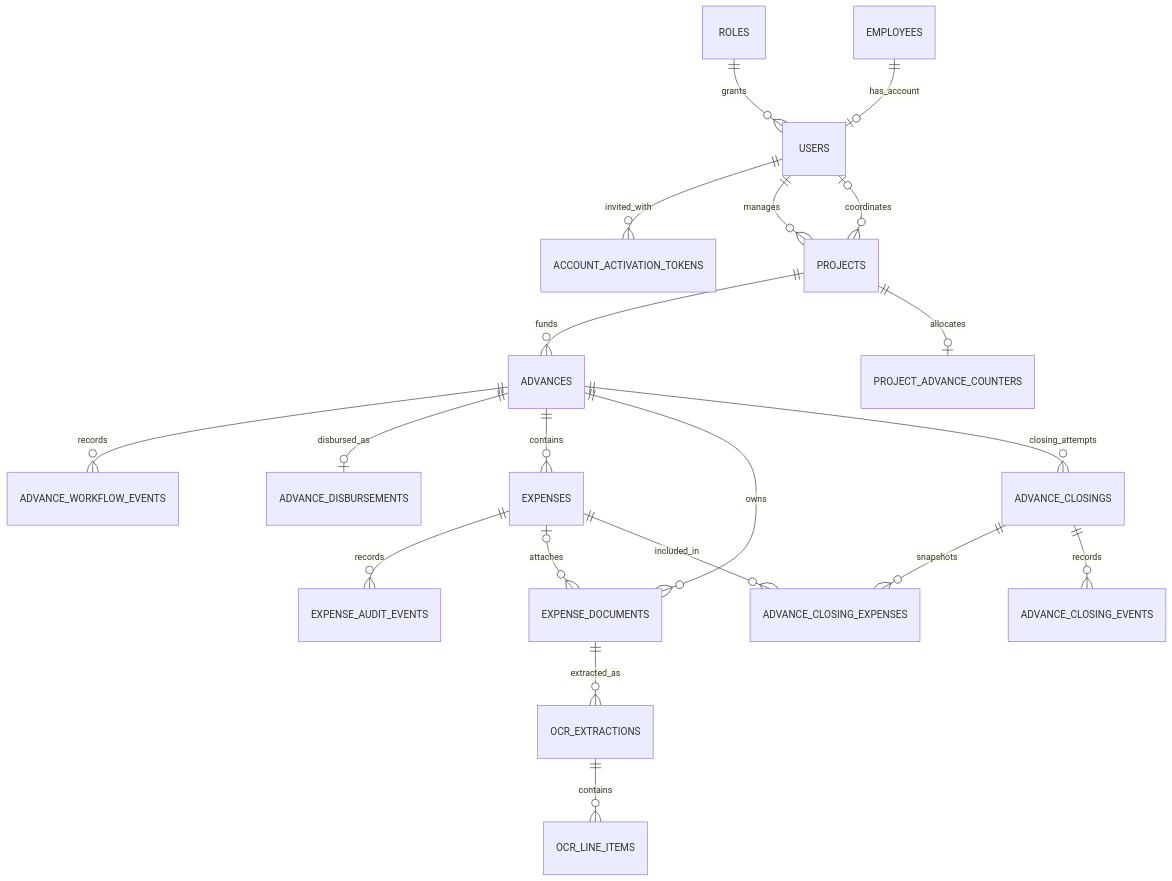
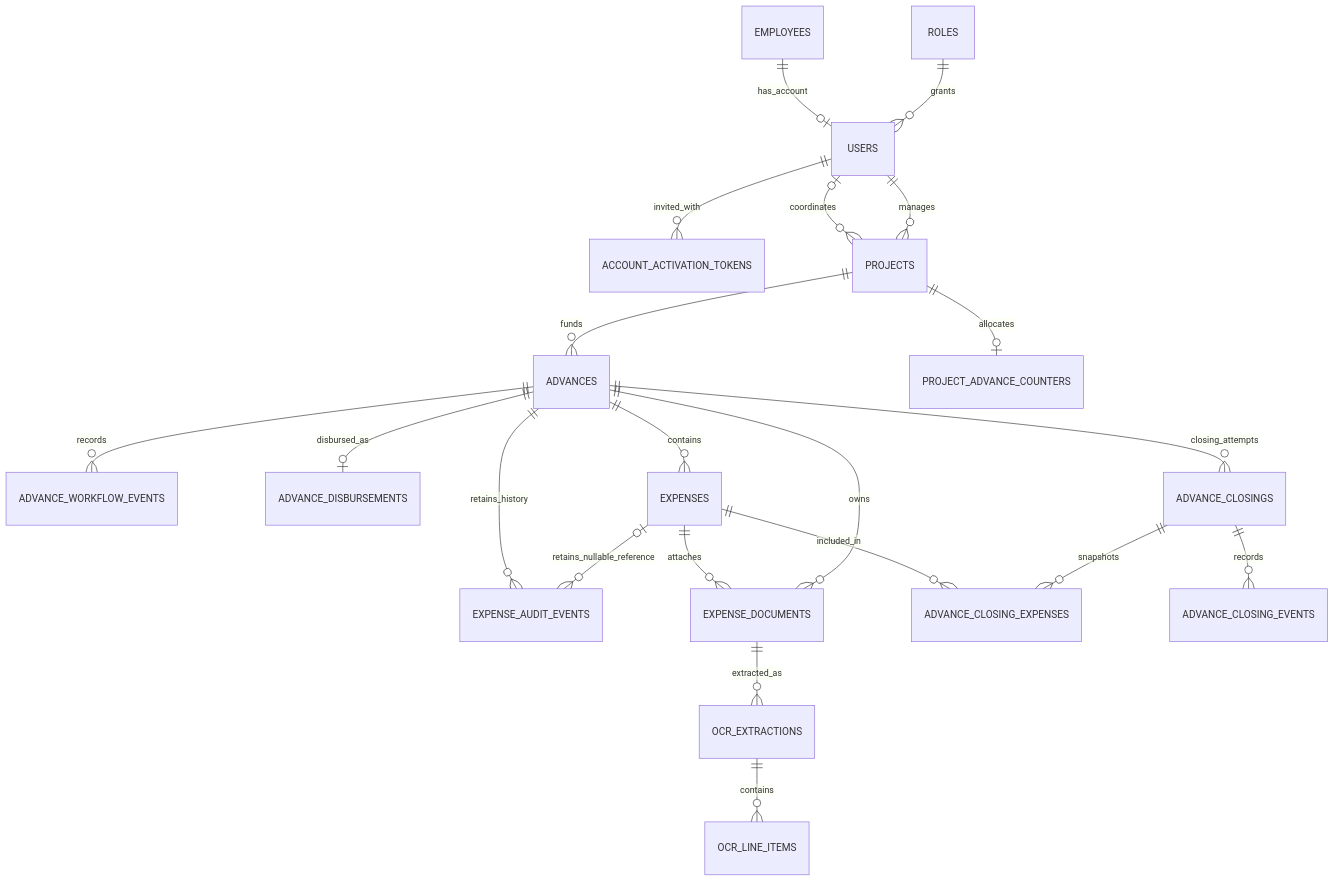
Before and after one commit to ERBM-Capstone/ERBM-backend: the second of 2 diagrams in docs/migration-plans/erbm-database-plan.md, drawn with Mermaid. The commit also changed other lines of this file and 17 other files, not shown here.

````diff
--- a/docs/migration-plans/erbm-database-plan.md
+++ b/docs/migration-plans/erbm-database-plan.md
@@ -152,22 +175,23 @@
 ```mermaid
 erDiagram
     ROLES ||--o{ USERS : grants
     EMPLOYEES ||--o| USERS : has_account
     USERS ||--o{ ACCOUNT_ACTIVATION_TOKENS : invited_with
     USERS ||--o{ PROJECTS : manages
     USERS o|--o{ PROJECTS : coordinates
     PROJECTS ||--o{ ADVANCES : funds
     PROJECTS ||--o| PROJECT_ADVANCE_COUNTERS : allocates
     ADVANCES ||--o{ ADVANCE_WORKFLOW_EVENTS : records
     ADVANCES ||--o| ADVANCE_DISBURSEMENTS : disbursed_as
     ADVANCES ||--o{ EXPENSES : contains
-    EXPENSES ||--o{ EXPENSE_AUDIT_EVENTS : records
+    EXPENSES o|--o{ EXPENSE_AUDIT_EVENTS : retains_nullable_reference
+    ADVANCES ||--o{ EXPENSE_AUDIT_EVENTS : retains_history
     ADVANCES ||--o{ EXPENSE_DOCUMENTS : owns
-    EXPENSES o|--o{ EXPENSE_DOCUMENTS : attaches
+    EXPENSES ||--o{ EXPENSE_DOCUMENTS : attaches
     EXPENSE_DOCUMENTS ||--o{ OCR_EXTRACTIONS : extracted_as
     OCR_EXTRACTIONS ||--o{ OCR_LINE_ITEMS : contains
     ADVANCES ||--o{ ADVANCE_CLOSINGS : closing_attempts
     ADVANCE_CLOSINGS ||--o{ ADVANCE_CLOSING_EXPENSES : snapshots
     EXPENSES ||--o{ ADVANCE_CLOSING_EXPENSES : included_in
     ADVANCE_CLOSINGS ||--o{ ADVANCE_CLOSING_EVENTS : records
 ```
````
